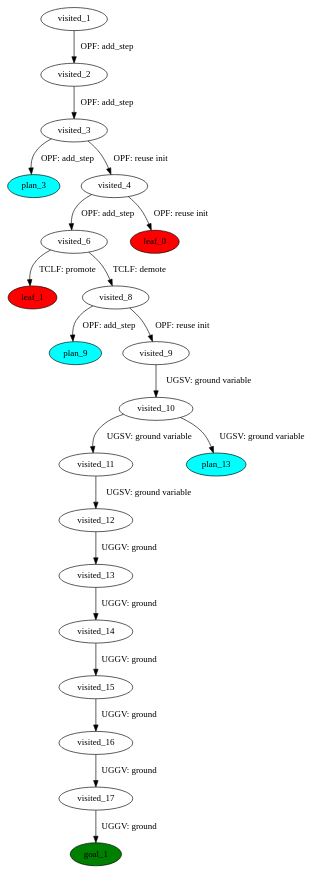
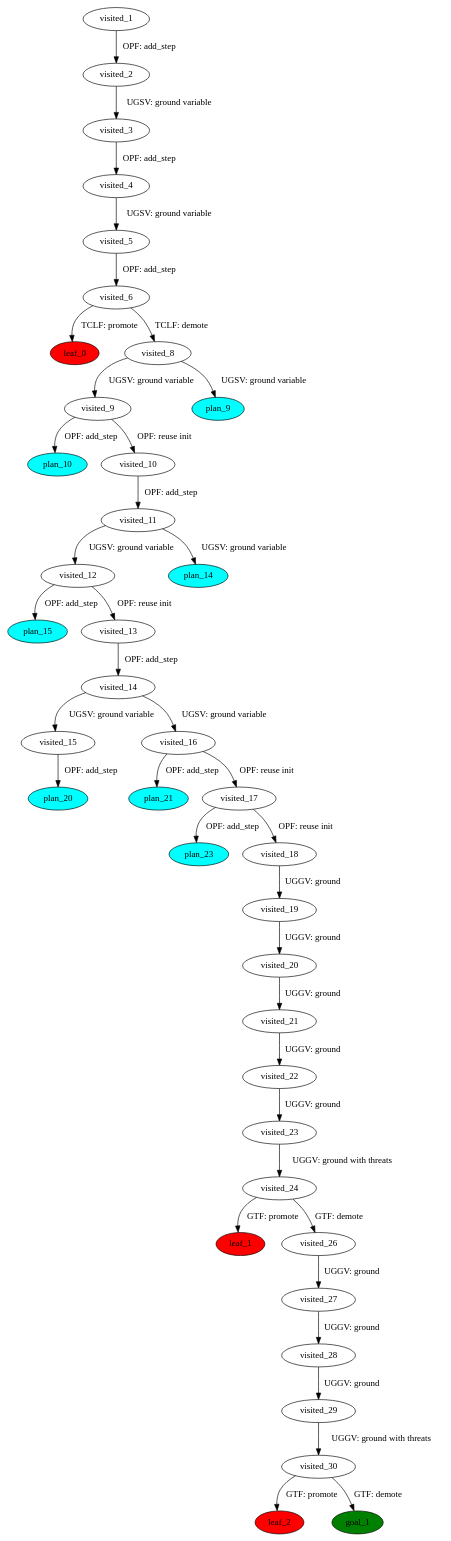
Before and after one commit to PetervDooren/PyDPOCL: the diagram in plans/manipulation-domain/test_9_problem-plangraph.dot, drawn with Graphviz. The commit also changed 799 other files, not shown here.

```diff
--- a/plans/manipulation-domain/test_9_problem-plangraph.dot
+++ b/plans/manipulation-domain/test_9_problem-plangraph.dot
@@ -1,64 +1,115 @@
 digraph {
-	"567b9583-e679-3a4b-73ce-cf7c90d5e87e" [label=plan_0 fillcolor=cyan style=filled]
-	"567b9583-e679-3a4b-73ce-cf7c90d5e87e" [label=visited_1 fillcolor=white style=filled]
-	"d6c34b19-b4a3-5c95-d466-99843ecb1bd6" [label=plan_1 fillcolor=cyan style=filled]
-	"567b9583-e679-3a4b-73ce-cf7c90d5e87e" -> "d6c34b19-b4a3-5c95-d466-99843ecb1bd6" [label="OPF: add_step"]
-	"d6c34b19-b4a3-5c95-d466-99843ecb1bd6" [label=visited_2 fillcolor=white style=filled]
-	"c4af9dc9-416c-0562-2ec3-641124df6dcc" [label=plan_2 fillcolor=cyan style=filled]
-	"d6c34b19-b4a3-5c95-d466-99843ecb1bd6" -> "c4af9dc9-416c-0562-2ec3-641124df6dcc" [label="OPF: add_step"]
-	"c4af9dc9-416c-0562-2ec3-641124df6dcc" [label=visited_3 fillcolor=white style=filled]
-	"8121c051-c09c-a132-8235-00f97e33e68f" [label=plan_3 fillcolor=cyan style=filled]
-	"c4af9dc9-416c-0562-2ec3-641124df6dcc" -> "8121c051-c09c-a132-8235-00f97e33e68f" [label="OPF: add_step"]
-	"d8a5aa52-157b-0495-722b-e4aa68208025" [label=plan_4 fillcolor=cyan style=filled]
-	"c4af9dc9-416c-0562-2ec3-641124df6dcc" -> "d8a5aa52-157b-0495-722b-e4aa68208025" [label="OPF: reuse init"]
-	"d8a5aa52-157b-0495-722b-e4aa68208025" [label=visited_4 fillcolor=white style=filled]
-	"c86aed73-3415-c076-801c-5617a2c3b917" [label=plan_5 fillcolor=cyan style=filled]
-	"d8a5aa52-157b-0495-722b-e4aa68208025" -> "c86aed73-3415-c076-801c-5617a2c3b917" [label="OPF: add_step"]
-	"ae1455f4-d6e8-aad3-403a-423a990ddc73" [label=plan_6 fillcolor=cyan style=filled]
-	"d8a5aa52-157b-0495-722b-e4aa68208025" -> "ae1455f4-d6e8-aad3-403a-423a990ddc73" [label="OPF: reuse init"]
-	"ae1455f4-d6e8-aad3-403a-423a990ddc73" [label=visited_5 fillcolor=white style=filled]
-	"ae1455f4-d6e8-aad3-403a-423a990ddc73" [label=leaf_0 fillcolor=red style=filled]
-	"c86aed73-3415-c076-801c-5617a2c3b917" [label=visited_6 fillcolor=white style=filled]
-	"29529420-0ba4-e32b-4804-044c82a4e22e" [label=plan_7 fillcolor=cyan style=filled]
-	"c86aed73-3415-c076-801c-5617a2c3b917" -> "29529420-0ba4-e32b-4804-044c82a4e22e" [label="TCLF: promote"]
-	"11e74656-9026-1d4c-88ba-135ebd3b17eb" [label=plan_8 fillcolor=cyan style=filled]
-	"c86aed73-3415-c076-801c-5617a2c3b917" -> "11e74656-9026-1d4c-88ba-135ebd3b17eb" [label="TCLF: demote"]
-	"29529420-0ba4-e32b-4804-044c82a4e22e" [label=visited_7 fillcolor=white style=filled]
-	"29529420-0ba4-e32b-4804-044c82a4e22e" [label=leaf_1 fillcolor=red style=filled]
-	"11e74656-9026-1d4c-88ba-135ebd3b17eb" [label=visited_8 fillcolor=white style=filled]
-	"b2cc4372-6532-b3ae-16f7-91ac4cf6a297" [label=plan_9 fillcolor=cyan style=filled]
-	"11e74656-9026-1d4c-88ba-135ebd3b17eb" -> "b2cc4372-6532-b3ae-16f7-91ac4cf6a297" [label="OPF: add_step"]
-	"5415c636-9979-ba46-f580-8b5975b568d7" [label=plan_10 fillcolor=cyan style=filled]
-	"11e74656-9026-1d4c-88ba-135ebd3b17eb" -> "5415c636-9979-ba46-f580-8b5975b568d7" [label="OPF: reuse init"]
-	"5415c636-9979-ba46-f580-8b5975b568d7" [label=visited_9 fillcolor=white style=filled]
-	"223bd9be-b11c-c20e-e9fd-197204105bd1" [label=plan_11 fillcolor=cyan style=filled]
-	"5415c636-9979-ba46-f580-8b5975b568d7" -> "223bd9be-b11c-c20e-e9fd-197204105bd1" [label="UGSV: ground variable"]
-	"223bd9be-b11c-c20e-e9fd-197204105bd1" [label=visited_10 fillcolor=white style=filled]
-	"0273be68-e6c5-1969-0118-71cf79fdcd33" [label=plan_12 fillcolor=cyan style=filled]
-	"223bd9be-b11c-c20e-e9fd-197204105bd1" -> "0273be68-e6c5-1969-0118-71cf79fdcd33" [label="UGSV: ground variable"]
-	"8e484bc0-69c5-0d69-2c6c-db5aac367cb9" [label=plan_13 fillcolor=cyan style=filled]
-	"223bd9be-b11c-c20e-e9fd-197204105bd1" -> "8e484bc0-69c5-0d69-2c6c-db5aac367cb9" [label="UGSV: ground variable"]
-	"0273be68-e6c5-1969-0118-71cf79fdcd33" [label=visited_11 fillcolor=white style=filled]
-	"14c62aba-89c2-fba5-648d-f4c0c330ec14" [label=plan_14 fillcolor=cyan style=filled]
-	"0273be68-e6c5-1969-0118-71cf79fdcd33" -> "14c62aba-89c2-fba5-648d-f4c0c330ec14" [label="UGSV: ground variable"]
-	"14c62aba-89c2-fba5-648d-f4c0c330ec14" [label=visited_12 fillcolor=white style=filled]
-	"a6b96653-a62b-3d30-e070-bdb9c98cd5fb" [label=plan_15 fillcolor=cyan style=filled]
-	"14c62aba-89c2-fba5-648d-f4c0c330ec14" -> "a6b96653-a62b-3d30-e070-bdb9c98cd5fb" [label="UGGV: ground"]
-	"a6b96653-a62b-3d30-e070-bdb9c98cd5fb" [label=visited_13 fillcolor=white style=filled]
-	"e47f9c7e-07ec-2d32-89e4-ec2813d88e04" [label=plan_16 fillcolor=cyan style=filled]
-	"a6b96653-a62b-3d30-e070-bdb9c98cd5fb" -> "e47f9c7e-07ec-2d32-89e4-ec2813d88e04" [label="UGGV: ground"]
-	"e47f9c7e-07ec-2d32-89e4-ec2813d88e04" [label=visited_14 fillcolor=white style=filled]
-	"71f71add-abee-d5b2-d0e9-15d4d50372a8" [label=plan_17 fillcolor=cyan style=filled]
-	"e47f9c7e-07ec-2d32-89e4-ec2813d88e04" -> "71f71add-abee-d5b2-d0e9-15d4d50372a8" [label="UGGV: ground"]
-	"71f71add-abee-d5b2-d0e9-15d4d50372a8" [label=visited_15 fillcolor=white style=filled]
-	"f8d78cbc-5a5d-dcc5-1f98-2a0dac184ef9" [label=plan_18 fillcolor=cyan style=filled]
-	"71f71add-abee-d5b2-d0e9-15d4d50372a8" -> "f8d78cbc-5a5d-dcc5-1f98-2a0dac184ef9" [label="UGGV: ground"]
-	"f8d78cbc-5a5d-dcc5-1f98-2a0dac184ef9" [label=visited_16 fillcolor=white style=filled]
-	"99ef827f-d3d4-ddd3-605a-34f5d0126e91" [label=plan_19 fillcolor=cyan style=filled]
-	"f8d78cbc-5a5d-dcc5-1f98-2a0dac184ef9" -> "99ef827f-d3d4-ddd3-605a-34f5d0126e91" [label="UGGV: ground"]
-	"99ef827f-d3d4-ddd3-605a-34f5d0126e91" [label=visited_17 fillcolor=white style=filled]
-	"d6d24227-2d5c-1a61-6302-1daa5ba3a49c" [label=plan_20 fillcolor=cyan style=filled]
-	"99ef827f-d3d4-ddd3-605a-34f5d0126e91" -> "d6d24227-2d5c-1a61-6302-1daa5ba3a49c" [label="UGGV: ground"]
-	"d6d24227-2d5c-1a61-6302-1daa5ba3a49c" [label=visited_18 fillcolor=white style=filled]
-	"d6d24227-2d5c-1a61-6302-1daa5ba3a49c" [label=goal_1 fillcolor=green style=filled]
+	"8a8864c7-e29d-e722-956b-212f4faa0851" [label=plan_0 fillcolor=cyan style=filled]
+	"8a8864c7-e29d-e722-956b-212f4faa0851" [label=visited_1 fillcolor=white style=filled]
+	"01b8c14a-fd68-a5d7-d37a-430a2f2aa5e8" [label=plan_1 fillcolor=cyan style=filled]
+	"8a8864c7-e29d-e722-956b-212f4faa0851" -> "01b8c14a-fd68-a5d7-d37a-430a2f2aa5e8" [label="OPF: add_step"]
+	"01b8c14a-fd68-a5d7-d37a-430a2f2aa5e8" [label=visited_2 fillcolor=white style=filled]
+	"19e79a3d-e920-4a24-4304-93f0d7c713b7" [label=plan_2 fillcolor=cyan style=filled]
+	"01b8c14a-fd68-a5d7-d37a-430a2f2aa5e8" -> "19e79a3d-e920-4a24-4304-93f0d7c713b7" [label="UGSV: ground variable"]
+	"19e79a3d-e920-4a24-4304-93f0d7c713b7" [label=visited_3 fillcolor=white style=filled]
+	"23226464-ad6d-84ef-d4d9-a0ae055fd8d1" [label=plan_3 fillcolor=cyan style=filled]
+	"19e79a3d-e920-4a24-4304-93f0d7c713b7" -> "23226464-ad6d-84ef-d4d9-a0ae055fd8d1" [label="OPF: add_step"]
+	"23226464-ad6d-84ef-d4d9-a0ae055fd8d1" [label=visited_4 fillcolor=white style=filled]
+	"a2da43a7-fa1b-7659-6df6-5800997c0dc9" [label=plan_4 fillcolor=cyan style=filled]
+	"23226464-ad6d-84ef-d4d9-a0ae055fd8d1" -> "a2da43a7-fa1b-7659-6df6-5800997c0dc9" [label="UGSV: ground variable"]
+	"a2da43a7-fa1b-7659-6df6-5800997c0dc9" [label=visited_5 fillcolor=white style=filled]
+	"c3595dc2-0bd3-72a9-ebc7-8c063e9ace12" [label=plan_5 fillcolor=cyan style=filled]
+	"a2da43a7-fa1b-7659-6df6-5800997c0dc9" -> "c3595dc2-0bd3-72a9-ebc7-8c063e9ace12" [label="OPF: add_step"]
+	"c3595dc2-0bd3-72a9-ebc7-8c063e9ace12" [label=visited_6 fillcolor=white style=filled]
+	"5fcfe711-8258-3678-c04a-7761a52368e3" [label=plan_6 fillcolor=cyan style=filled]
+	"c3595dc2-0bd3-72a9-ebc7-8c063e9ace12" -> "5fcfe711-8258-3678-c04a-7761a52368e3" [label="TCLF: promote"]
+	"2dd2d8c0-76da-3875-84d6-21487fa372cd" [label=plan_7 fillcolor=cyan style=filled]
+	"c3595dc2-0bd3-72a9-ebc7-8c063e9ace12" -> "2dd2d8c0-76da-3875-84d6-21487fa372cd" [label="TCLF: demote"]
+	"5fcfe711-8258-3678-c04a-7761a52368e3" [label=visited_7 fillcolor=white style=filled]
+	"5fcfe711-8258-3678-c04a-7761a52368e3" [label=leaf_0 fillcolor=red style=filled]
+	"2dd2d8c0-76da-3875-84d6-21487fa372cd" [label=visited_8 fillcolor=white style=filled]
+	"868592d2-5fb6-8406-b665-8a3452630028" [label=plan_8 fillcolor=cyan style=filled]
+	"2dd2d8c0-76da-3875-84d6-21487fa372cd" -> "868592d2-5fb6-8406-b665-8a3452630028" [label="UGSV: ground variable"]
+	"f4ac27ef-b734-d467-7bb9-5b07b1cb62d0" [label=plan_9 fillcolor=cyan style=filled]
+	"2dd2d8c0-76da-3875-84d6-21487fa372cd" -> "f4ac27ef-b734-d467-7bb9-5b07b1cb62d0" [label="UGSV: ground variable"]
+	"868592d2-5fb6-8406-b665-8a3452630028" [label=visited_9 fillcolor=white style=filled]
+	"94c8a69d-44b1-a1ee-7948-36f27eaab0a1" [label=plan_10 fillcolor=cyan style=filled]
+	"868592d2-5fb6-8406-b665-8a3452630028" -> "94c8a69d-44b1-a1ee-7948-36f27eaab0a1" [label="OPF: add_step"]
+	"3aeceaf8-5a00-d0f2-84d1-6f5e71cb19b3" [label=plan_11 fillcolor=cyan style=filled]
+	"868592d2-5fb6-8406-b665-8a3452630028" -> "3aeceaf8-5a00-d0f2-84d1-6f5e71cb19b3" [label="OPF: reuse init"]
+	"3aeceaf8-5a00-d0f2-84d1-6f5e71cb19b3" [label=visited_10 fillcolor=white style=filled]
+	"83239ba9-771a-d3fe-0a88-57a5957e8c66" [label=plan_12 fillcolor=cyan style=filled]
+	"3aeceaf8-5a00-d0f2-84d1-6f5e71cb19b3" -> "83239ba9-771a-d3fe-0a88-57a5957e8c66" [label="OPF: add_step"]
+	"83239ba9-771a-d3fe-0a88-57a5957e8c66" [label=visited_11 fillcolor=white style=filled]
+	"bec62bbe-4d7e-c4b1-4001-8cbe54492845" [label=plan_13 fillcolor=cyan style=filled]
+	"83239ba9-771a-d3fe-0a88-57a5957e8c66" -> "bec62bbe-4d7e-c4b1-4001-8cbe54492845" [label="UGSV: ground variable"]
+	"d86f4bb4-aefc-6ef1-c4bb-4aced0c8da67" [label=plan_14 fillcolor=cyan style=filled]
+	"83239ba9-771a-d3fe-0a88-57a5957e8c66" -> "d86f4bb4-aefc-6ef1-c4bb-4aced0c8da67" [label="UGSV: ground variable"]
+	"bec62bbe-4d7e-c4b1-4001-8cbe54492845" [label=visited_12 fillcolor=white style=filled]
+	"9aa1f98b-b4a4-feee-30cd-f14946434f21" [label=plan_15 fillcolor=cyan style=filled]
+	"bec62bbe-4d7e-c4b1-4001-8cbe54492845" -> "9aa1f98b-b4a4-feee-30cd-f14946434f21" [label="OPF: add_step"]
+	"9645dec1-840d-214b-3bd5-48637974c90b" [label=plan_16 fillcolor=cyan style=filled]
+	"bec62bbe-4d7e-c4b1-4001-8cbe54492845" -> "9645dec1-840d-214b-3bd5-48637974c90b" [label="OPF: reuse init"]
+	"9645dec1-840d-214b-3bd5-48637974c90b" [label=visited_13 fillcolor=white style=filled]
+	"77ff3c31-c1f3-7837-8d78-3178c935a278" [label=plan_17 fillcolor=cyan style=filled]
+	"9645dec1-840d-214b-3bd5-48637974c90b" -> "77ff3c31-c1f3-7837-8d78-3178c935a278" [label="OPF: add_step"]
+	"77ff3c31-c1f3-7837-8d78-3178c935a278" [label=visited_14 fillcolor=white style=filled]
+	"083ed925-c90d-35aa-914c-c11c05f30bc5" [label=plan_18 fillcolor=cyan style=filled]
+	"77ff3c31-c1f3-7837-8d78-3178c935a278" -> "083ed925-c90d-35aa-914c-c11c05f30bc5" [label="UGSV: ground variable"]
+	"fa2c9e79-2758-4f1a-239e-5593ec11a44d" [label=plan_19 fillcolor=cyan style=filled]
+	"77ff3c31-c1f3-7837-8d78-3178c935a278" -> "fa2c9e79-2758-4f1a-239e-5593ec11a44d" [label="UGSV: ground variable"]
+	"083ed925-c90d-35aa-914c-c11c05f30bc5" [label=visited_15 fillcolor=white style=filled]
+	"9174f53b-548b-4c63-fe87-a6bcf3e00dc5" [label=plan_20 fillcolor=cyan style=filled]
+	"083ed925-c90d-35aa-914c-c11c05f30bc5" -> "9174f53b-548b-4c63-fe87-a6bcf3e00dc5" [label="OPF: add_step"]
+	"fa2c9e79-2758-4f1a-239e-5593ec11a44d" [label=visited_16 fillcolor=white style=filled]
+	"7464d6f2-11ea-2c00-863e-cbe2a8d99292" [label=plan_21 fillcolor=cyan style=filled]
+	"fa2c9e79-2758-4f1a-239e-5593ec11a44d" -> "7464d6f2-11ea-2c00-863e-cbe2a8d99292" [label="OPF: add_step"]
+	"fdb7c107-01e7-cde7-33a2-ca5f46834cc5" [label=plan_22 fillcolor=cyan style=filled]
+	"fa2c9e79-2758-4f1a-239e-5593ec11a44d" -> "fdb7c107-01e7-cde7-33a2-ca5f46834cc5" [label="OPF: reuse init"]
+	"fdb7c107-01e7-cde7-33a2-ca5f46834cc5" [label=visited_17 fillcolor=white style=filled]
+	"d317d8c9-1060-573a-721b-770724877651" [label=plan_23 fillcolor=cyan style=filled]
+	"fdb7c107-01e7-cde7-33a2-ca5f46834cc5" -> "d317d8c9-1060-573a-721b-770724877651" [label="OPF: add_step"]
+	"1874ed7d-9190-c53f-b2d2-570a2ef634f2" [label=plan_24 fillcolor=cyan style=filled]
+	"fdb7c107-01e7-cde7-33a2-ca5f46834cc5" -> "1874ed7d-9190-c53f-b2d2-570a2ef634f2" [label="OPF: reuse init"]
+	"1874ed7d-9190-c53f-b2d2-570a2ef634f2" [label=visited_18 fillcolor=white style=filled]
+	"0b2d983a-f218-9128-b2da-61f764bfc76d" [label=plan_25 fillcolor=cyan style=filled]
+	"1874ed7d-9190-c53f-b2d2-570a2ef634f2" -> "0b2d983a-f218-9128-b2da-61f764bfc76d" [label="UGGV: ground"]
+	"0b2d983a-f218-9128-b2da-61f764bfc76d" [label=visited_19 fillcolor=white style=filled]
+	"286e3f0a-dedb-aec4-e2b2-de4b3d5cab0e" [label=plan_26 fillcolor=cyan style=filled]
+	"0b2d983a-f218-9128-b2da-61f764bfc76d" -> "286e3f0a-dedb-aec4-e2b2-de4b3d5cab0e" [label="UGGV: ground"]
+	"286e3f0a-dedb-aec4-e2b2-de4b3d5cab0e" [label=visited_20 fillcolor=white style=filled]
+	"89a92af3-a0ca-0f8e-e1ef-2dd3461633bc" [label=plan_27 fillcolor=cyan style=filled]
+	"286e3f0a-dedb-aec4-e2b2-de4b3d5cab0e" -> "89a92af3-a0ca-0f8e-e1ef-2dd3461633bc" [label="UGGV: ground"]
+	"89a92af3-a0ca-0f8e-e1ef-2dd3461633bc" [label=visited_21 fillcolor=white style=filled]
+	"11162039-ea92-659b-aaaa-077f4ab946a2" [label=plan_28 fillcolor=cyan style=filled]
+	"89a92af3-a0ca-0f8e-e1ef-2dd3461633bc" -> "11162039-ea92-659b-aaaa-077f4ab946a2" [label="UGGV: ground"]
+	"11162039-ea92-659b-aaaa-077f4ab946a2" [label=visited_22 fillcolor=white style=filled]
+	"e6f8dac3-b8ef-d250-b9fe-60c6b2b302d3" [label=plan_29 fillcolor=cyan style=filled]
+	"11162039-ea92-659b-aaaa-077f4ab946a2" -> "e6f8dac3-b8ef-d250-b9fe-60c6b2b302d3" [label="UGGV: ground"]
+	"e6f8dac3-b8ef-d250-b9fe-60c6b2b302d3" [label=visited_23 fillcolor=white style=filled]
+	"1f08f855-8d85-ddf1-c309-4f28fe0d40b4" [label=plan_30 fillcolor=cyan style=filled]
+	"e6f8dac3-b8ef-d250-b9fe-60c6b2b302d3" -> "1f08f855-8d85-ddf1-c309-4f28fe0d40b4" [label="UGGV: ground with threats"]
+	"1f08f855-8d85-ddf1-c309-4f28fe0d40b4" [label=visited_24 fillcolor=white style=filled]
+	"c161b06c-1397-b542-5e65-3990fecd0ded" [label=plan_31 fillcolor=cyan style=filled]
+	"1f08f855-8d85-ddf1-c309-4f28fe0d40b4" -> "c161b06c-1397-b542-5e65-3990fecd0ded" [label="GTF: promote"]
+	"c78e0272-c43b-e7af-8120-053d1aefff21" [label=plan_32 fillcolor=cyan style=filled]
+	"1f08f855-8d85-ddf1-c309-4f28fe0d40b4" -> "c78e0272-c43b-e7af-8120-053d1aefff21" [label="GTF: demote"]
+	"c161b06c-1397-b542-5e65-3990fecd0ded" [label=visited_25 fillcolor=white style=filled]
+	"c161b06c-1397-b542-5e65-3990fecd0ded" [label=leaf_1 fillcolor=red style=filled]
+	"c78e0272-c43b-e7af-8120-053d1aefff21" [label=visited_26 fillcolor=white style=filled]
+	"2a32e553-7370-8a7e-68fc-0e45537598d4" [label=plan_33 fillcolor=cyan style=filled]
+	"c78e0272-c43b-e7af-8120-053d1aefff21" -> "2a32e553-7370-8a7e-68fc-0e45537598d4" [label="UGGV: ground"]
+	"2a32e553-7370-8a7e-68fc-0e45537598d4" [label=visited_27 fillcolor=white style=filled]
+	"0b6d35d7-818d-72af-3516-567d40b55023" [label=plan_34 fillcolor=cyan style=filled]
+	"2a32e553-7370-8a7e-68fc-0e45537598d4" -> "0b6d35d7-818d-72af-3516-567d40b55023" [label="UGGV: ground"]
+	"0b6d35d7-818d-72af-3516-567d40b55023" [label=visited_28 fillcolor=white style=filled]
+	"a38cc35f-12bc-f090-06d6-fba776509bcd" [label=plan_35 fillcolor=cyan style=filled]
+	"0b6d35d7-818d-72af-3516-567d40b55023" -> "a38cc35f-12bc-f090-06d6-fba776509bcd" [label="UGGV: ground"]
+	"a38cc35f-12bc-f090-06d6-fba776509bcd" [label=visited_29 fillcolor=white style=filled]
+	"663b4427-bef7-110a-57f9-f3a761936947" [label=plan_36 fillcolor=cyan style=filled]
+	"a38cc35f-12bc-f090-06d6-fba776509bcd" -> "663b4427-bef7-110a-57f9-f3a761936947" [label="UGGV: ground with threats"]
+	"663b4427-bef7-110a-57f9-f3a761936947" [label=visited_30 fillcolor=white style=filled]
+	"09ab99a3-658c-72ee-31c4-6ef9db13f2ec" [label=plan_37 fillcolor=cyan style=filled]
+	"663b4427-bef7-110a-57f9-f3a761936947" -> "09ab99a3-658c-72ee-31c4-6ef9db13f2ec" [label="GTF: promote"]
+	"b5878d33-1d5b-d8b0-4027-b28302bfaf1c" [label=plan_38 fillcolor=cyan style=filled]
+	"663b4427-bef7-110a-57f9-f3a761936947" -> "b5878d33-1d5b-d8b0-4027-b28302bfaf1c" [label="GTF: demote"]
+	"09ab99a3-658c-72ee-31c4-6ef9db13f2ec" [label=visited_31 fillcolor=white style=filled]
+	"09ab99a3-658c-72ee-31c4-6ef9db13f2ec" [label=leaf_2 fillcolor=red style=filled]
+	"b5878d33-1d5b-d8b0-4027-b28302bfaf1c" [label=visited_32 fillcolor=white style=filled]
+	"b5878d33-1d5b-d8b0-4027-b28302bfaf1c" [label=goal_1 fillcolor=green style=filled]
 }
```
